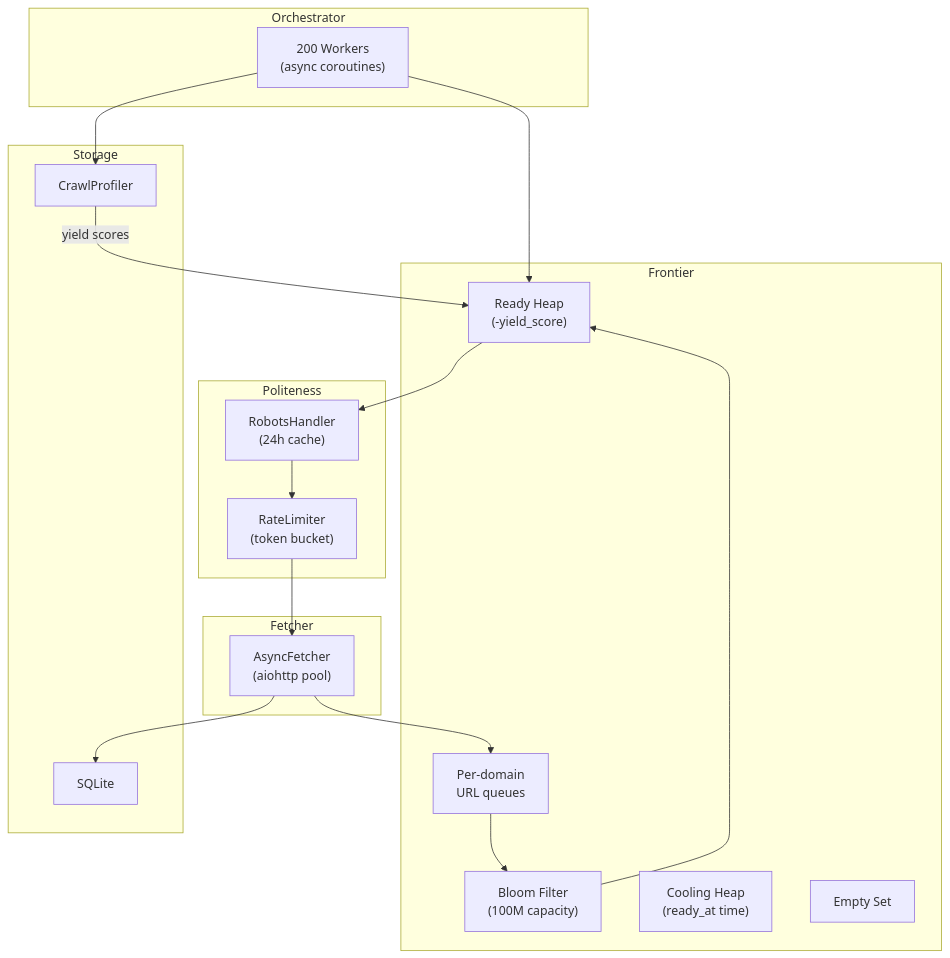
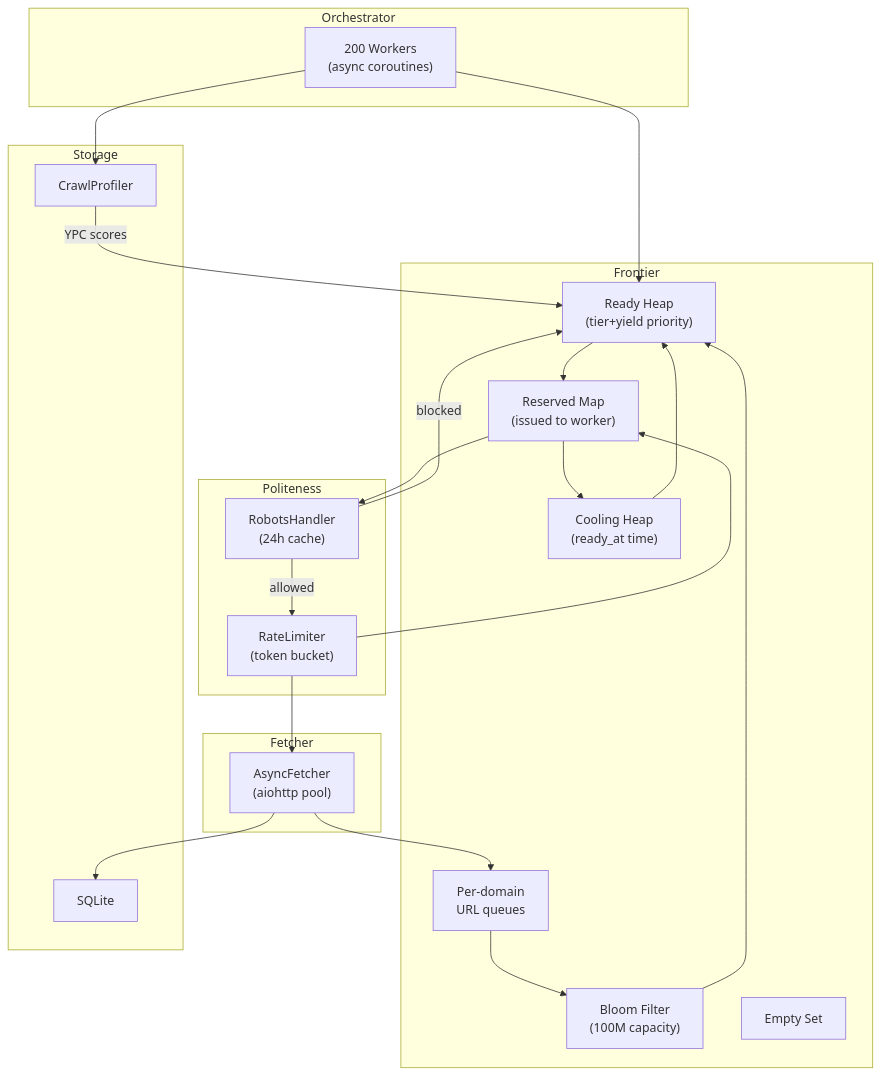
One commit to hedger9487/test-crawler changed the diagram in ARCHITECTURE.md. Above: the diagram before and after it, drawn with Mermaid. The commit also changed other lines of this file and 3 other files, not shown here.

First line of the commit message:
docs: update ARCHITECTURE.md + README.md for four-state frontier

````diff
--- a/ARCHITECTURE.md
+++ b/ARCHITECTURE.md
@@ -9,39 +9,45 @@
 ```mermaid
 graph TB
     subgraph Orchestrator
         W["200 Workers<br/>(async coroutines)"]
     end
 
     subgraph Frontier
         BF["Bloom Filter<br/>(100M capacity)"]
-        RH["Ready Heap<br/>(-yield_score)"]
+        RH["Ready Heap<br/>(tier+yield priority)"]
+        RV["Reserved Map<br/>(issued to worker)"]
         CH["Cooling Heap<br/>(ready_at time)"]
         ES["Empty Set"]
         DQ["Per-domain<br/>URL queues"]
     end
 
     subgraph Politeness
         RB["RobotsHandler<br/>(24h cache)"]
         RL["RateLimiter<br/>(token bucket)"]
     end
 
     subgraph Fetcher
         AF["AsyncFetcher<br/>(aiohttp pool)"]
     end
 
     subgraph Storage
         DB["SQLite"]
         PR["CrawlProfiler"]
     end
 
     W --> RH
-    RH --> RB
-    RB --> RL
+    RH --> RV
+    RV --> RB
+    RB -->|allowed| RL
+    RB -->|blocked| RH
+    RL --> RV
+    RV --> CH
+    CH --> RH
     RL --> AF
     AF --> DQ
     DQ --> BF
     BF --> RH
-    PR -->|yield scores| RH
+    PR -->|YPC scores| RH
     AF --> DB
     W --> PR
 ```
````
